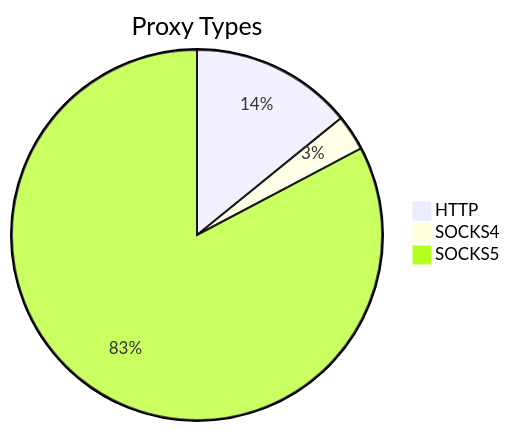
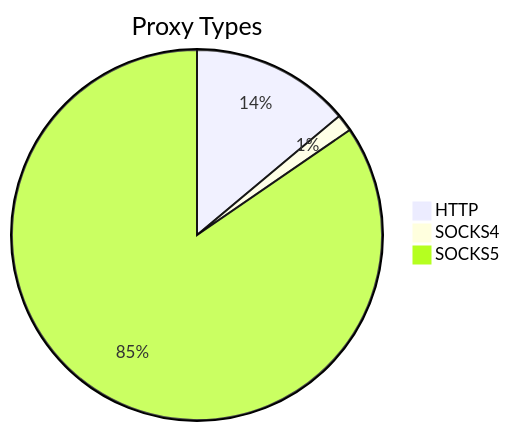
The first of 2 diagrams in README.md (stormsia/proxy-list), drawn with Mermaid before and after one commit. The commit also changed other lines of this file, not shown here.

````diff
--- a/README.md
+++ b/README.md
@@ -21,6 +21,6 @@
 ```mermaid
 pie title Proxy Types
-    "HTTP" : 204
-    "SOCKS4" : 45
-    "SOCKS5" : 1193
+    "HTTP" : 65
+    "SOCKS4" : 7
+    "SOCKS5" : 395
 ```
````
